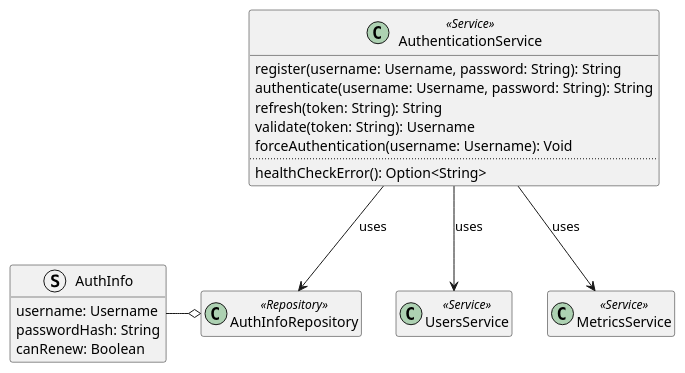
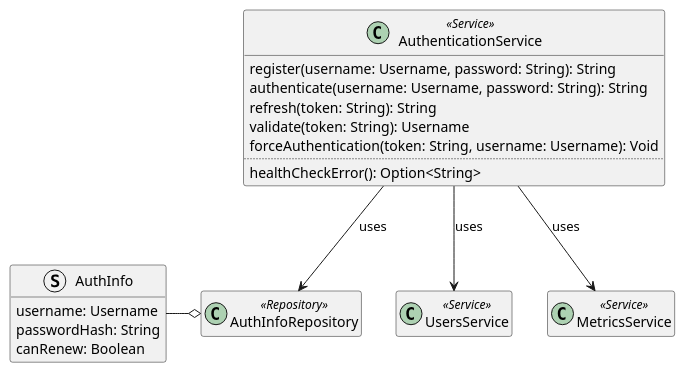
The diagram in doc/diagrams/src/authentication-service-domain-model.puml (Ventus218/SAP-assignment-02), drawn with PlantUML before and after one commit. The commit also changed 3 other files, not shown here.

```diff
--- a/doc/diagrams/src/authentication-service-domain-model.puml
+++ b/doc/diagrams/src/authentication-service-domain-model.puml
@@ -1,32 +1,32 @@
 @startuml authentication-service-domain-model
 
 struct AuthInfo {
     username: Username
     passwordHash: String
     canRenew: Boolean
 }
 
 class AuthInfoRepository <<Repository>>
 AuthInfoRepository o-l- AuthInfo
 
 class AuthenticationService <<Service>> {
     register(username: Username, password: String): String
     authenticate(username: Username, password: String): String
     refresh(token: String): String
     validate(token: String): Username
-    forceAuthentication(username: Username): Void
+    forceAuthentication(token: String, username: Username): Void
     ..
     healthCheckError(): Option<String>
 }
 
 AuthenticationService --> AuthInfoRepository : "uses"
 
 class UsersService <<Service>>
 AuthenticationService --> UsersService : "uses"
 
 class MetricsService <<Service>>
 AuthenticationService --> MetricsService : "uses"
 
 hide empty members
 
 @enduml
```
